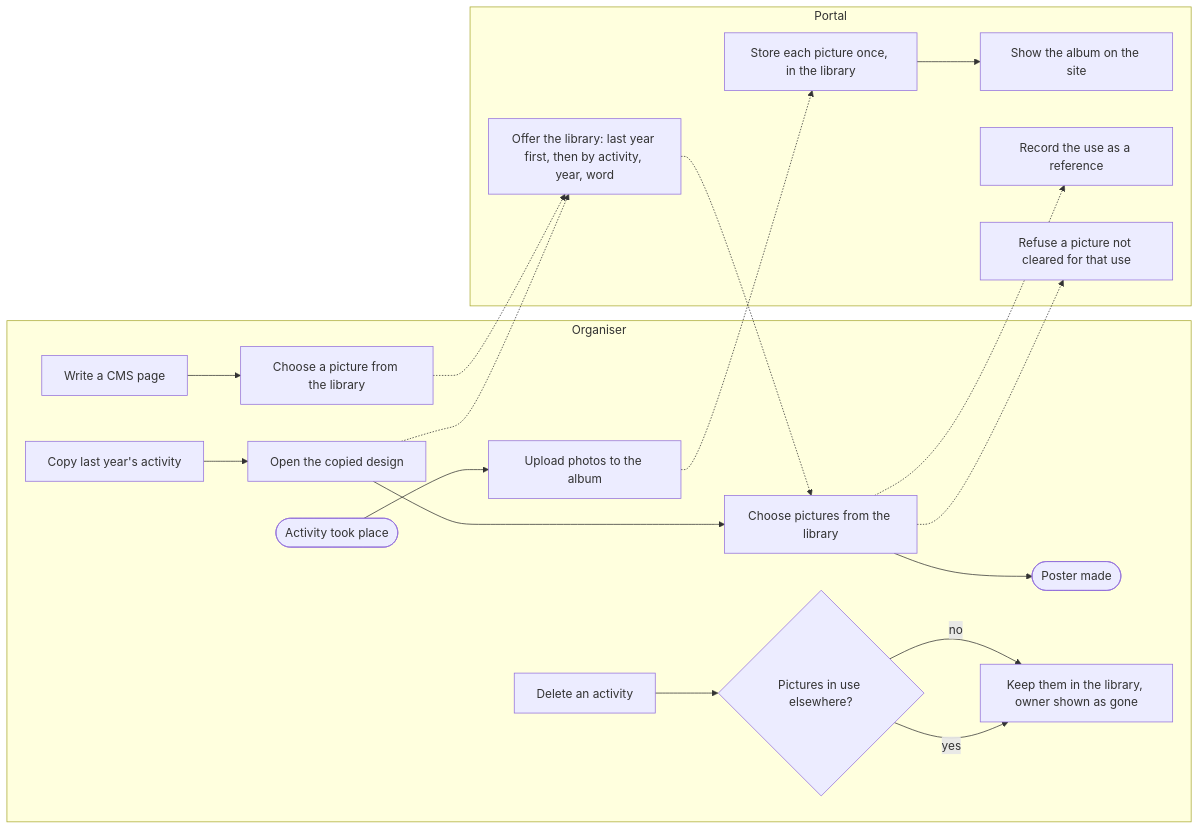
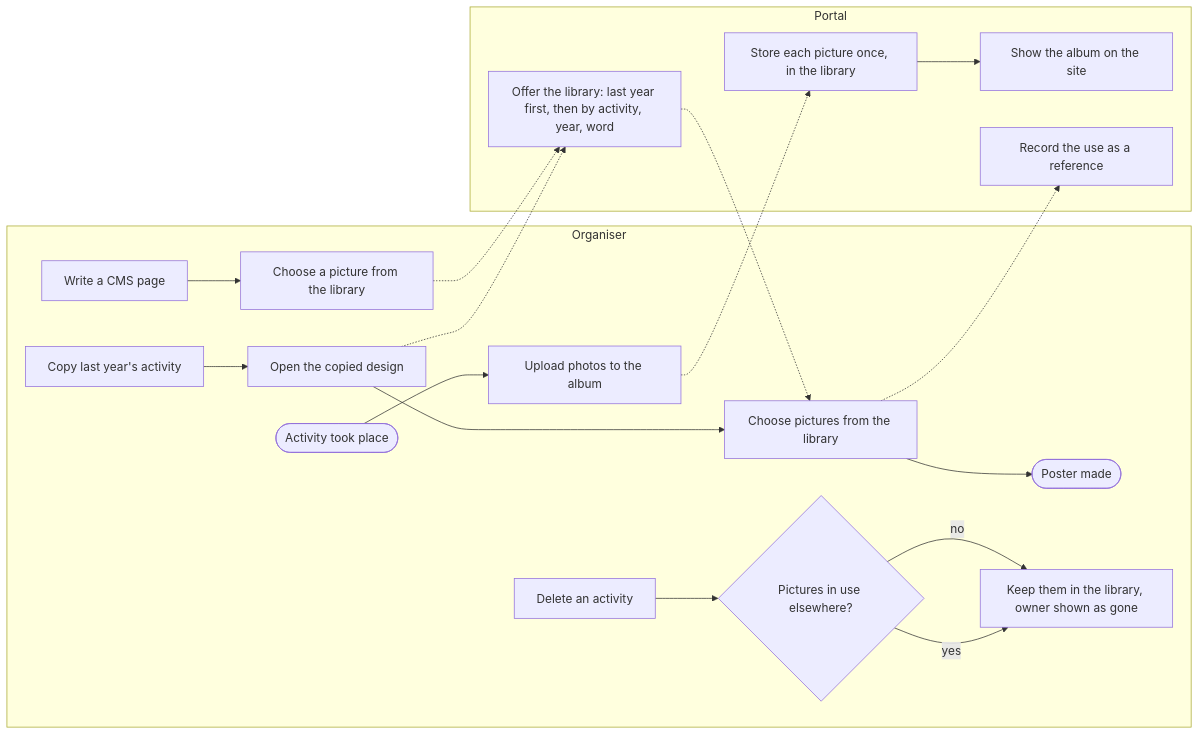
The second of 5 diagrams in docs/change_request_15_media_library.md (KoenRenders/KoenTest), drawn with Mermaid before and after one commit. The commit also changed other lines of this file, not shown here.

````diff
--- a/docs/change_request_15_media_library.md
+++ b/docs/change_request_15_media_library.md
@@ -69,25 +69,23 @@
 ```mermaid
 flowchart LR
   subgraph O[Organiser]
     o1([Activity took place]) --> o2[Upload photos to the album]
     o3[Copy last year's activity] --> o4[Open the copied design]
     o4 --> o8[Choose pictures from the library]
     o8 --> o9([Poster made])
     o10[Write a CMS page] --> o11[Choose a picture from the library]
     o12[Delete an activity] --> o13{Pictures in use elsewhere?}
     o13 -- yes --> o14[Keep them in the library, owner shown as gone]
     o13 -- no --> o14
   end
   subgraph P[Portal]
     p1[Store each picture once, in the library] --> p2[Show the album on the site]
     p3[Offer the library: last year first, then by activity, year, word]
     p4[Record the use as a reference]
-    p5[Refuse a picture not cleared for that use]
   end
   o2 -.-> p1
   o4 -.-> p3
   p3 -.-> o8
   o8 -.-> p4
-  o8 -.-> p5
   o11 -.-> p3
 ```
````
